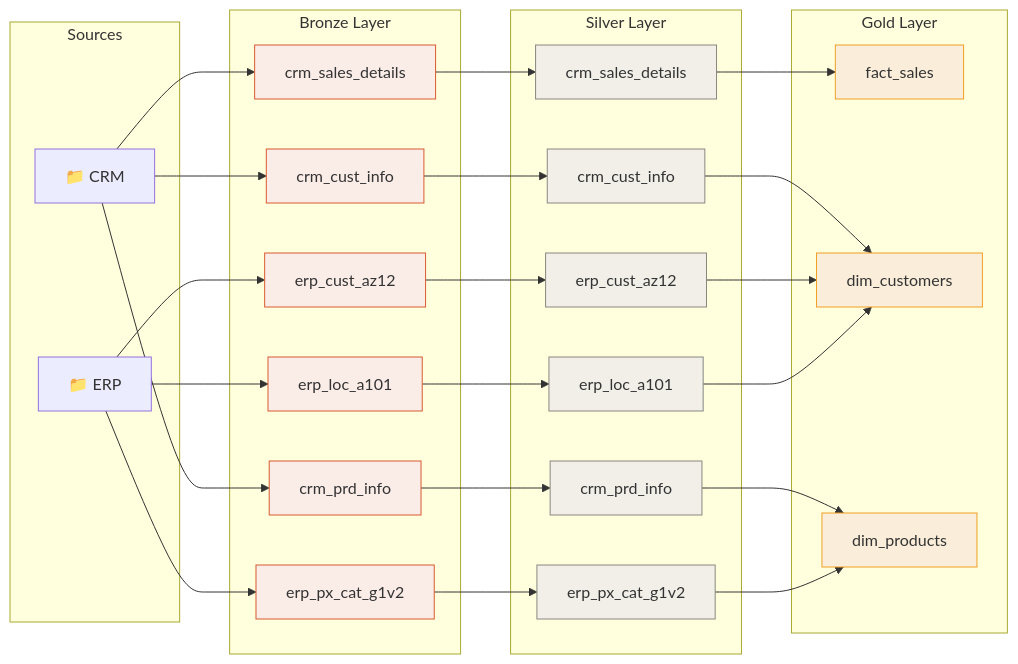
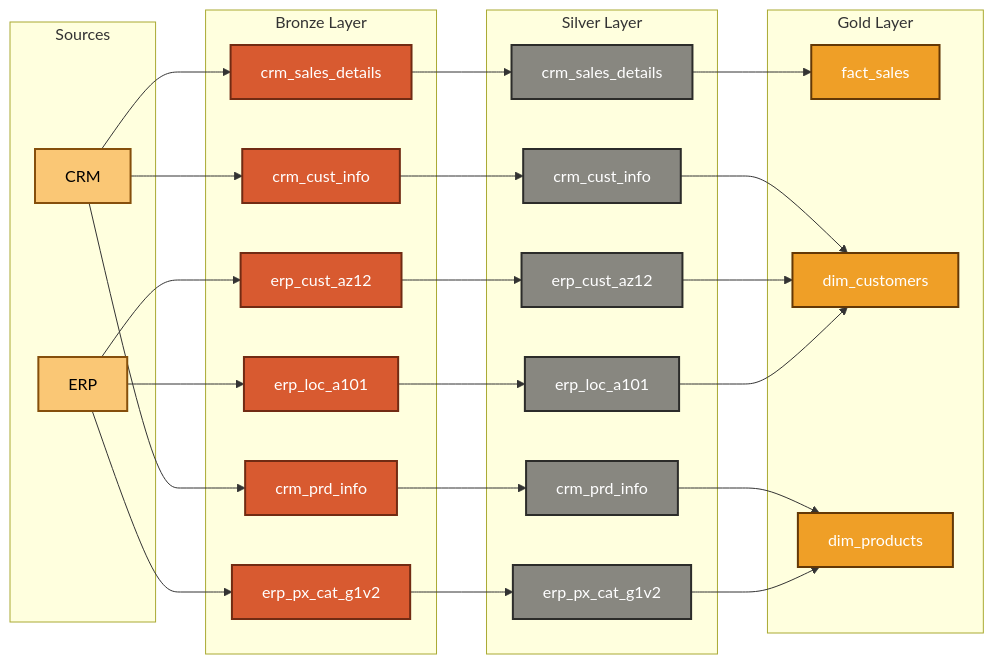
Before and after one commit to SAADaMQ/data-warehouse-sql: the diagram in README.md, drawn with Mermaid. The commit also changed other lines of this file, not shown here.

````diff
--- a/README.md
+++ b/README.md
@@ -30,64 +28,58 @@
 ```mermaid
 flowchart LR
     subgraph SRC [Sources]
-        CRM[📁 CRM]
-        ERP[📁 ERP]
+        CRM[CRM]
+        ERP[ERP]
     end
     
     subgraph BRZ [Bronze Layer]
         B1[crm_sales_details]
         B2[crm_cust_info]
         B3[crm_prd_info]
         B4[erp_cust_az12]
         B5[erp_loc_a101]
         B6[erp_px_cat_g1v2]
     end
     
     subgraph SLV [Silver Layer]
         S1[crm_sales_details]
         S2[crm_cust_info]
         S3[crm_prd_info]
         S4[erp_cust_az12]
         S5[erp_loc_a101]
         S6[erp_px_cat_g1v2]
     end
     
     subgraph GLD [Gold Layer]
         G1[fact_sales]
         G2[dim_customers]
         G3[dim_products]
     end
     
     CRM --> B1 & B2 & B3
     ERP --> B4 & B5 & B6
     
     B1 --> S1
     B2 --> S2
     B3 --> S3
     B4 --> S4
     B5 --> S5
     B6 --> S6
     
     S1 --> G1
     S2 --> G2
     S3 --> G3
     S4 --> G2
     S5 --> G2
     S6 --> G3
     
-    style B1 fill:#FAECE7,stroke:#D85A30
-    style B2 fill:#FAECE7,stroke:#D85A30
-    style B3 fill:#FAECE7,stroke:#D85A30
-    style B4 fill:#FAECE7,stroke:#D85A30
-    style B5 fill:#FAECE7,stroke:#D85A30
-    style B6 fill:#FAECE7,stroke:#D85A30
-    style S1 fill:#F1EFE8,stroke:#888780
-    style S2 fill:#F1EFE8,stroke:#888780
-    style S3 fill:#F1EFE8,stroke:#888780
-    style S4 fill:#F1EFE8,stroke:#888780
-    style S5 fill:#F1EFE8,stroke:#888780
-    style S6 fill:#F1EFE8,stroke:#888780
-    style G1 fill:#FAEEDA,stroke:#EF9F27
-    style G2 fill:#FAEEDA,stroke:#EF9F27
-    style G3 fill:#FAEEDA,stroke:#EF9F27
+    classDef bronze fill:#D85A30,stroke:#712B13,color:#fff,stroke-width:2px
+    classDef silver fill:#888780,stroke:#2C2C2A,color:#fff,stroke-width:2px
+    classDef gold fill:#EF9F27,stroke:#633806,color:#fff,stroke-width:2px
+    classDef src fill:#FAC775,stroke:#854F0B,color:#000,stroke-width:2px
+    
+    class B1,B2,B3,B4,B5,B6 bronze
+    class S1,S2,S3,S4,S5,S6 silver
+    class G1,G2,G3 gold
+    class CRM,ERP src
 ```
````
